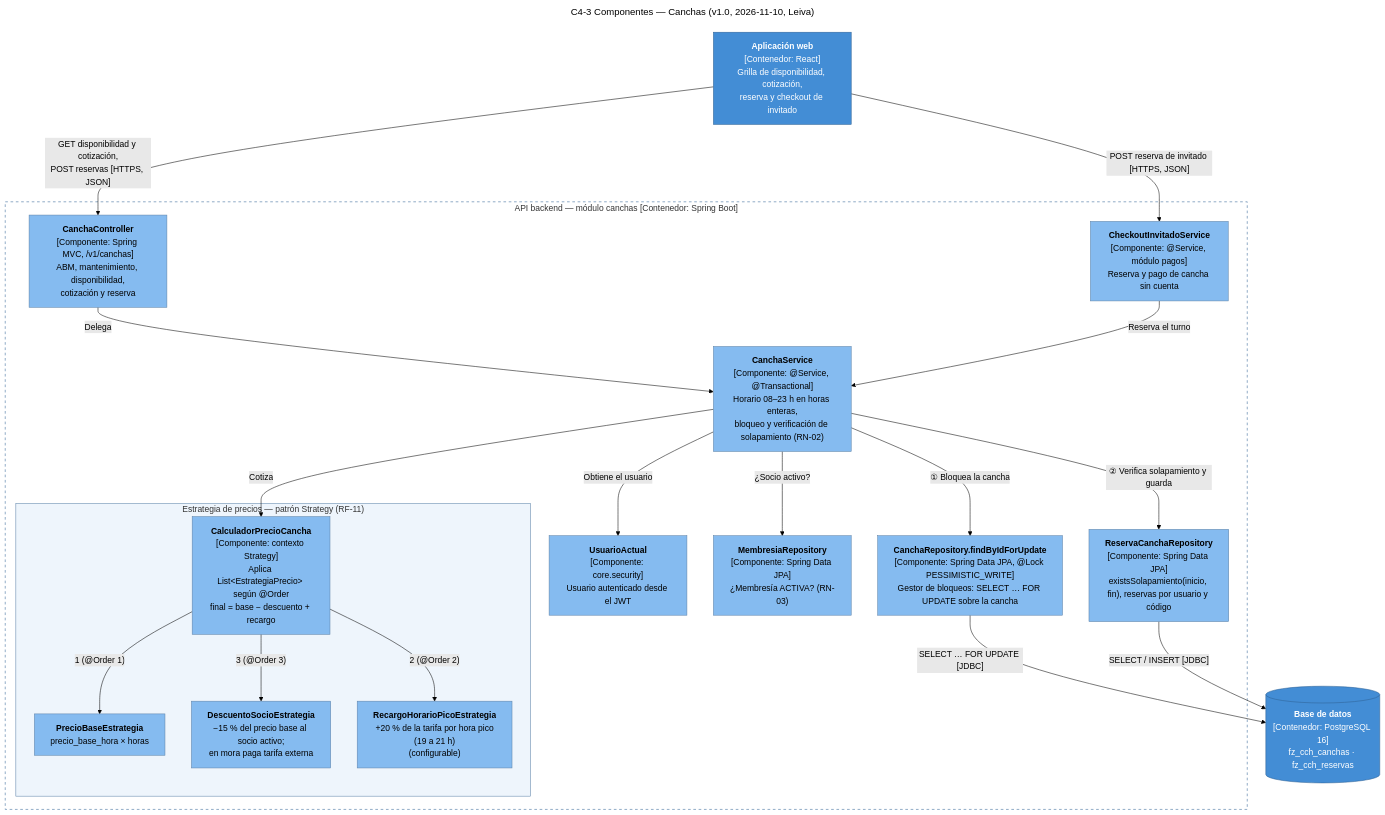
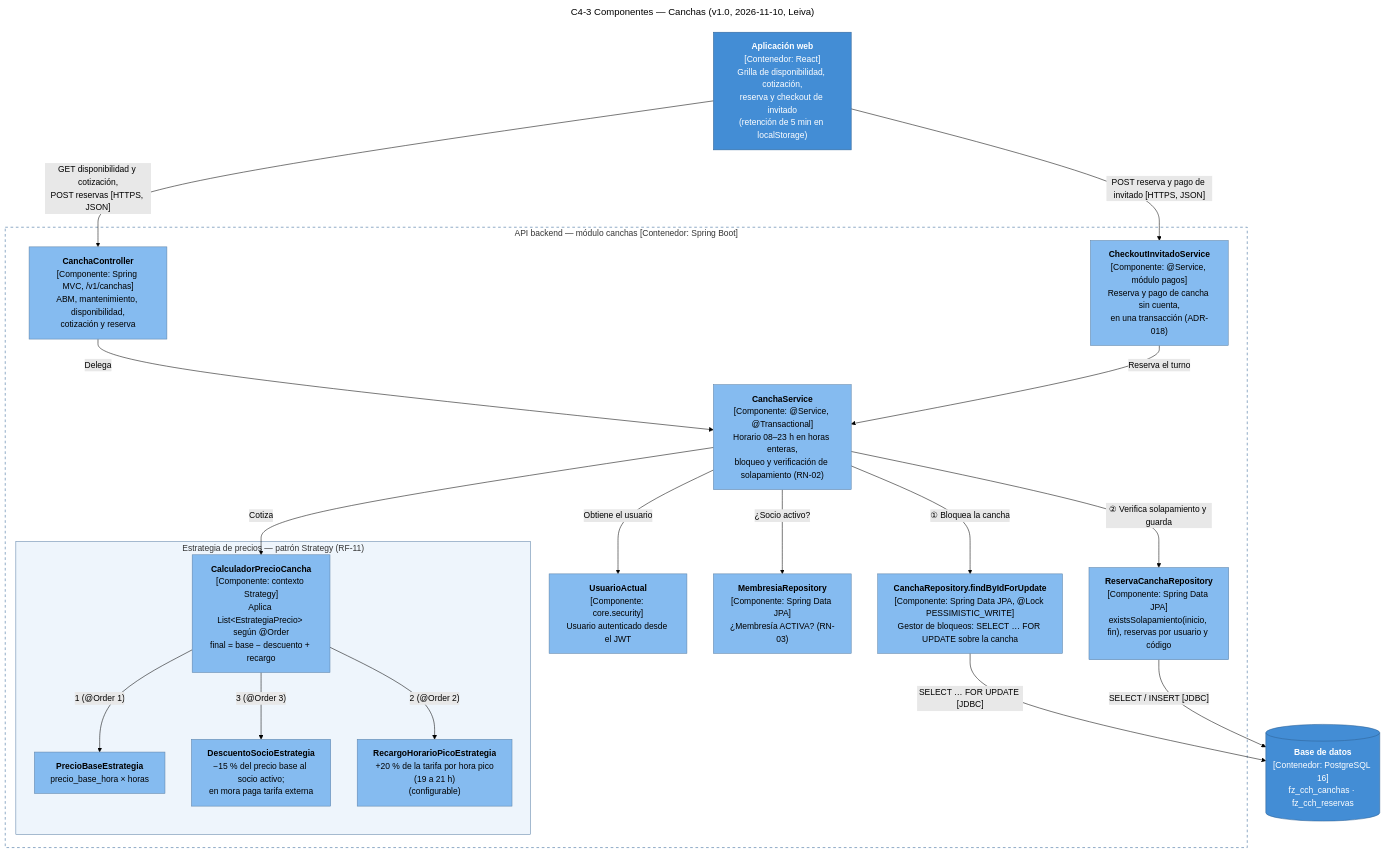
Before and after one commit to MarquitosLev/fitzone-sports-p5: the diagram in docs/diagramas/c4-3-componentes-canchas.mmd, drawn with Mermaid (forest theme). The commit also changed 47 other files, not shown here.

First line of the commit message:
fix(canchas): [SCRUM-147] reserva y pago del invitado en un paso, sin guardar al externo

```diff
--- a/docs/diagramas/c4-3-componentes-canchas.mmd
+++ b/docs/diagramas/c4-3-componentes-canchas.mmd
@@ -1,50 +1,50 @@
 ---
 title: C4-3 Componentes — Canchas (v1.0, 2026-11-10, Leiva)
 ---
 %% C4-3 Componentes — Módulo Canchas (M4)
 %% Autor: Leiva, Marcos Joel · Fecha: 2026-11-10 · Versión: 1.0
 %% Notación C4 sobre flowchart: azul = contenedor, celeste = componente.
 flowchart TB
-  spa["<b>Aplicación web</b><br/>[Contenedor: React]<br/>Grilla de disponibilidad, cotización,<br/>reserva y checkout de invitado"]
+  spa["<b>Aplicación web</b><br/>[Contenedor: React]<br/>Grilla de disponibilidad, cotización,<br/>reserva y checkout de invitado<br/>(retención de 5 min en localStorage)"]
 
   subgraph api["API backend — módulo canchas [Contenedor: Spring Boot]"]
     ctrl["<b>CanchaController</b><br/>[Componente: Spring MVC, /v1/canchas]<br/>ABM, mantenimiento, disponibilidad,<br/>cotización y reserva"]
-    checkout["<b>CheckoutInvitadoService</b><br/>[Componente: @Service, módulo pagos]<br/>Reserva y pago de cancha sin cuenta"]
+    checkout["<b>CheckoutInvitadoService</b><br/>[Componente: @Service, módulo pagos]<br/>Reserva y pago de cancha sin cuenta,<br/>en una transacción (ADR-018)"]
     svc["<b>CanchaService</b><br/>[Componente: @Service, @Transactional]<br/>Horario 08–23 h en horas enteras,<br/>bloqueo y verificación de solapamiento (RN-02)"]
     ua["<b>UsuarioActual</b><br/>[Componente: core.security]<br/>Usuario autenticado desde el JWT"]
     memb["<b>MembresiaRepository</b><br/>[Componente: Spring Data JPA]<br/>¿Membresía ACTIVA? (RN-03)"]
 
     subgraph precio["Estrategia de precios — patrón Strategy (RF-11)"]
       calc["<b>CalculadorPrecioCancha</b><br/>[Componente: contexto Strategy]<br/>Aplica List&lt;EstrategiaPrecio&gt; según @Order<br/>final = base − descuento + recargo"]
       e1["<b>PrecioBaseEstrategia</b><br/>precio_base_hora × horas"]
       e2["<b>DescuentoSocioEstrategia</b><br/>−15 % del precio base al socio activo;<br/>en mora paga tarifa externa"]
       e3["<b>RecargoHorarioPicoEstrategia</b><br/>+20 % de la tarifa por hora pico<br/>(19 a 21 h)<br/>(configurable)"]
     end
 
     lock["<b>CanchaRepository.findByIdForUpdate</b><br/>[Componente: Spring Data JPA, @Lock PESSIMISTIC_WRITE]<br/>Gestor de bloqueos: SELECT … FOR UPDATE sobre la cancha"]
     repo["<b>ReservaCanchaRepository</b><br/>[Componente: Spring Data JPA]<br/>existsSolapamiento(inicio, fin), reservas por usuario y código"]
   end
 
   db[("<b>Base de datos</b><br/>[Contenedor: PostgreSQL 16]<br/>fz_cch_canchas · fz_cch_reservas")]
 
   spa -- "GET disponibilidad y cotización,<br/>POST reservas [HTTPS, JSON]" --> ctrl
-  spa -- "POST reserva de invitado [HTTPS, JSON]" --> checkout
+  spa -- "POST reserva y pago de invitado [HTTPS, JSON]" --> checkout
   ctrl -- "Delega" --> svc
   checkout -- "Reserva el turno" --> svc
   svc -- "Obtiene el usuario" --> ua
   svc -- "¿Socio activo?" --> memb
   svc -- "Cotiza" --> calc
   calc -- "1 (@Order 1)" --> e1
   calc -- "3 (@Order 3)" --> e2
   calc -- "2 (@Order 2)" --> e3
   svc -- "① Bloquea la cancha" --> lock
   svc -- "② Verifica solapamiento y guarda" --> repo
   lock -- "SELECT … FOR UPDATE [JDBC]" --> db
   repo -- "SELECT / INSERT [JDBC]" --> db
 
   classDef contenedor fill:#438dd5,stroke:#2e6295,color:#fff
   classDef componente fill:#85bbf0,stroke:#5d82a8,color:#000
   class spa,db contenedor
   class ctrl,checkout,svc,ua,memb,calc,e1,e2,e3,lock,repo componente
   style api fill:none,stroke:#2e6295,stroke-dasharray:5 5
   style precio fill:#eef5fc,stroke:#5d82a8
```
